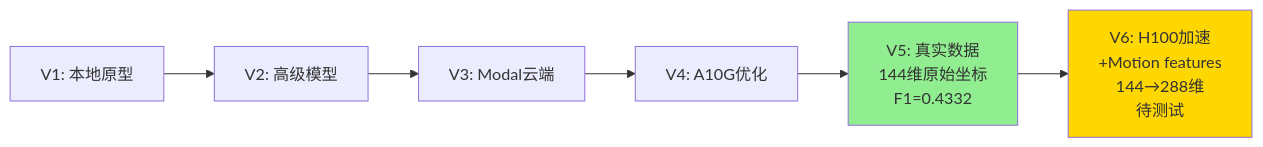
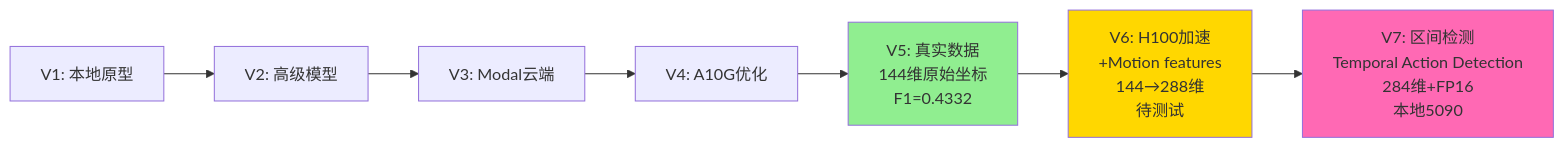
Before and after one commit to PangYuanbo/mabe_mouse_behavior: the diagram in versions/VERSION_SUMMARY.md, drawn with Mermaid. The commit also changed other lines of this file and 33 other files, not shown here.

````diff
--- a/versions/VERSION_SUMMARY.md
+++ b/versions/VERSION_SUMMARY.md
@@ -170,11 +193,13 @@
 ```mermaid
 graph LR
     V1[V1: 本地原型] --> V2[V2: 高级模型]
     V2 --> V3[V3: Modal云端]
     V3 --> V4[V4: A10G优化]
     V4 --> V5[V5: 真实数据<br/>144维原始坐标<br/>F1=0.4332]
     V5 --> V6[V6: H100加速<br/>+Motion features<br/>144→288维<br/>待测试]
+    V6 --> V7[V7: 区间检测<br/>Temporal Action Detection<br/>284维+FP16<br/>本地5090]
 
     style V5 fill:#90EE90
     style V6 fill:#FFD700
+    style V7 fill:#FF69B4
 ```
````
